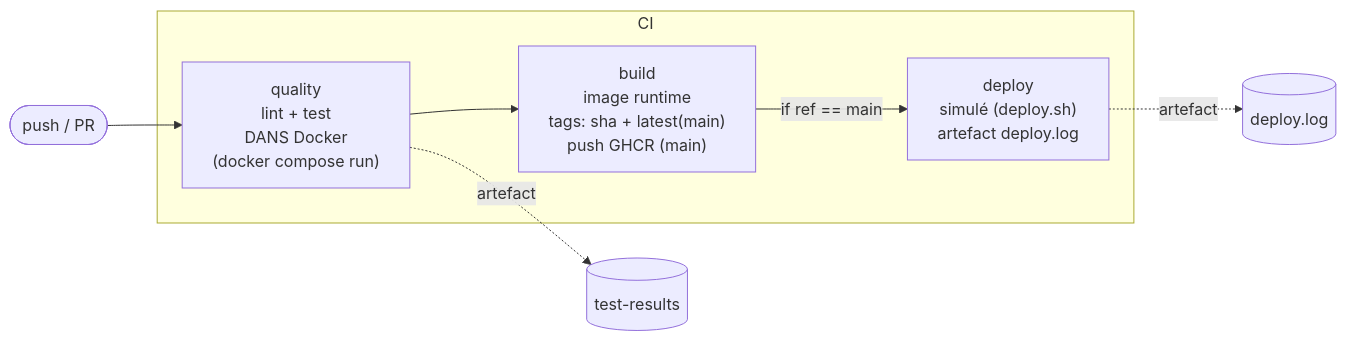
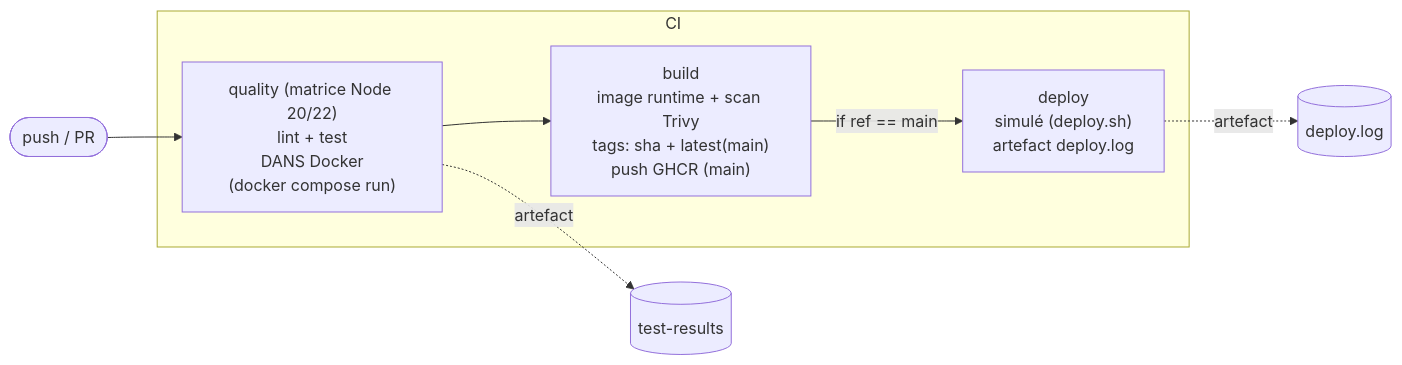
Before and after one commit to Elie1501/EC06_app: the diagram in README.md, drawn with Mermaid. The commit also changed other lines of this file and 3 other files, not shown here.

First line of the commit message:
feat(ci): matrice de build Node 20/22 + scan de vulnérabilités Trivy

````diff
--- a/README.md
+++ b/README.md
@@ -76,16 +76,16 @@
 ```mermaid
 flowchart LR
     push([push / PR]) --> quality
 
     subgraph CI
-      quality["quality<br/>lint + test<br/>DANS Docker<br/>(docker compose run)"]
-      build["build<br/>image runtime<br/>tags: sha + latest(main)<br/>push GHCR (main)"]
+      quality["quality (matrice Node 20/22)<br/>lint + test<br/>DANS Docker<br/>(docker compose run)"]
+      build["build<br/>image runtime + scan Trivy<br/>tags: sha + latest(main)<br/>push GHCR (main)"]
       deploy["deploy<br/>simulé (deploy.sh)<br/>artefact deploy.log"]
     end
 
     quality --> build
     build -->|"if ref == main"| deploy
 
     quality -. artefact .-> tr[(test-results)]
     deploy  -. artefact .-> dl[(deploy.log)]
 ```
````
